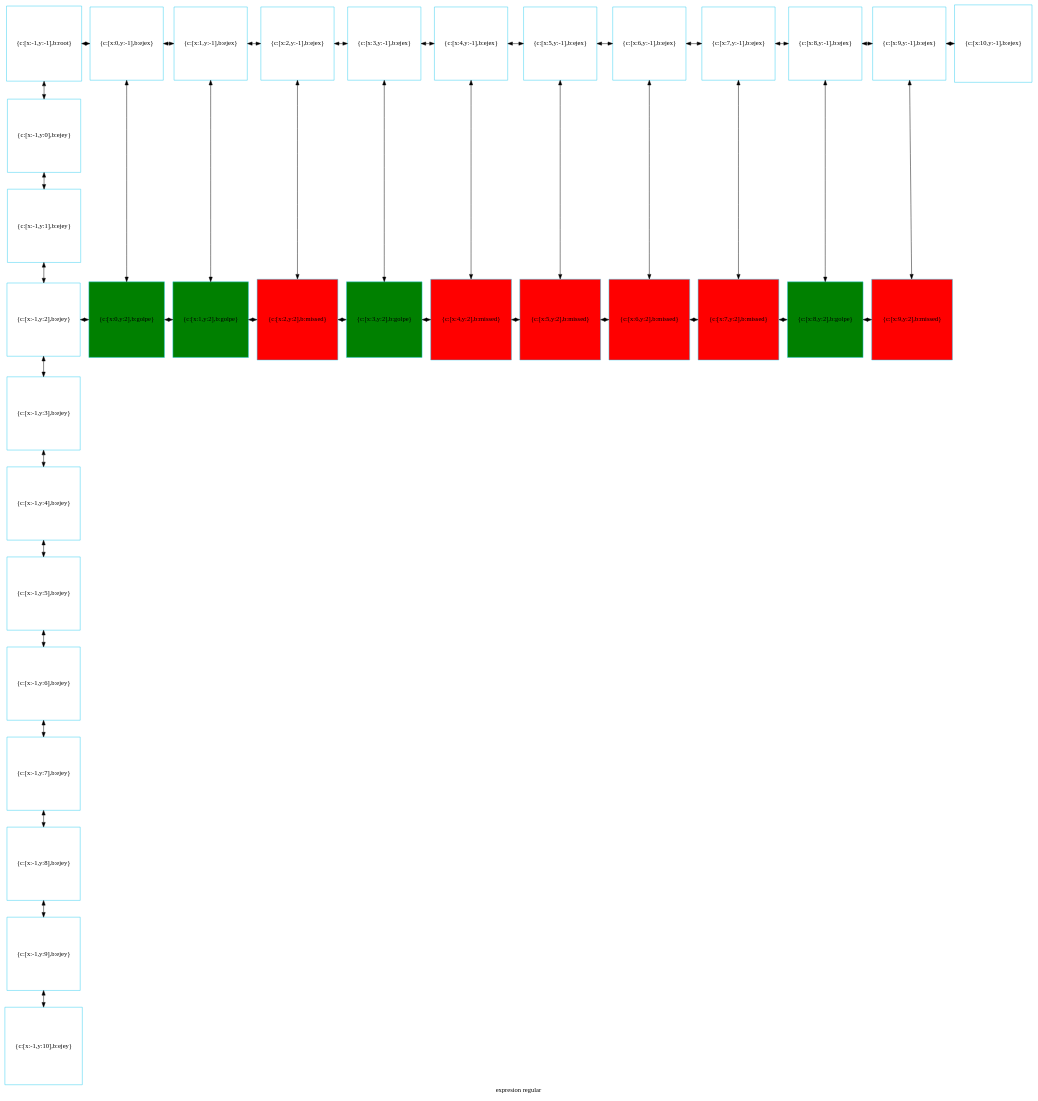
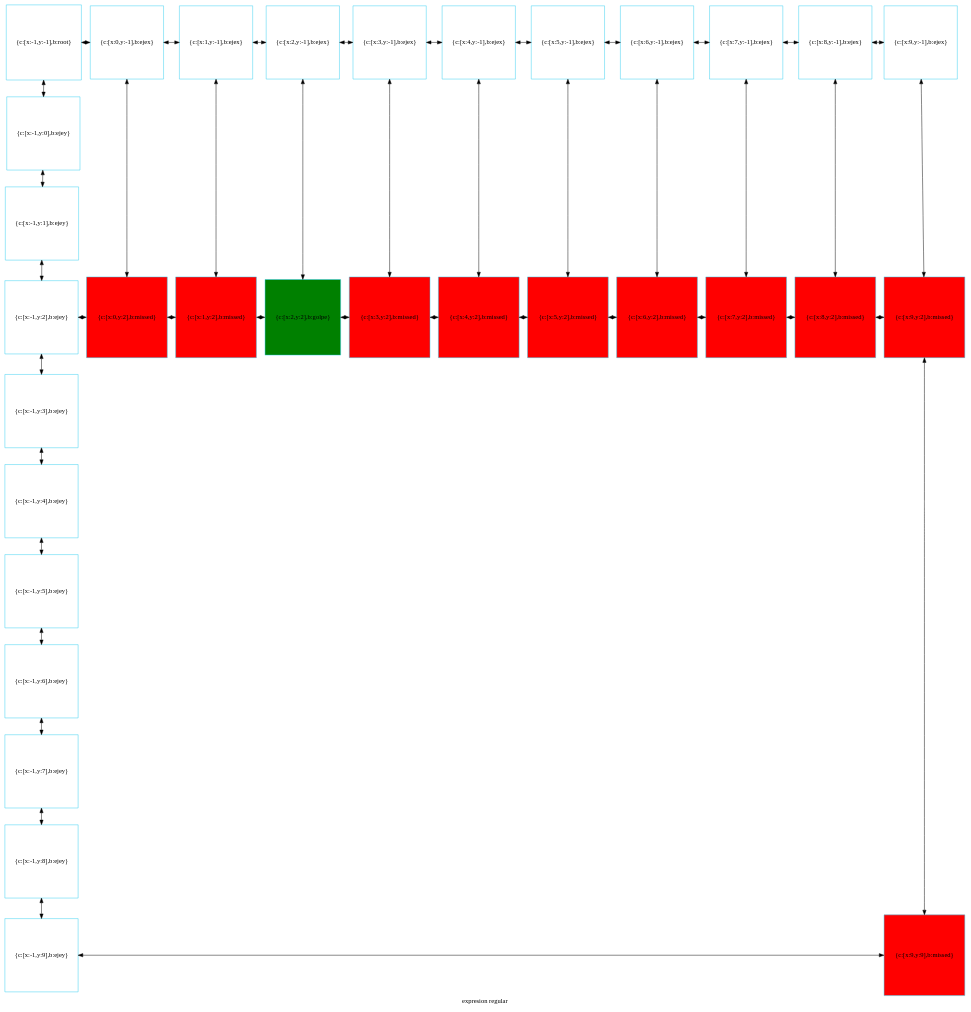
One commit to betebetoven/EDDS2F2 changed the diagram in disp_jug.dot. Above: the diagram before and after it, drawn with Graphviz. The commit also changed 11 other files, not shown here.

```diff
--- a/disp_jug.dot
+++ b/disp_jug.dot
@@ -1,96 +1,94 @@
 digraph G
 {label="expresion regular"
         node[shape = square]
         node[style = filled]
         node[fillcolor = "#EEEEE"]
         node[color = "#EEEEE"]
         node[color = "#31CEF0"]
 
-781211150128[label="{c:[x:-1,y:-1],b:root}",fillcolor = "white"]
-781211150272[label="{c:[x:0,y:-1],b:ejex}",fillcolor = "white"]
-781211150416[label="{c:[x:1,y:-1],b:ejex}",fillcolor = "white"]
-781211150560[label="{c:[x:2,y:-1],b:ejex}",fillcolor = "white"]
-781211150704[label="{c:[x:3,y:-1],b:ejex}",fillcolor = "white"]
-781211150848[label="{c:[x:4,y:-1],b:ejex}",fillcolor = "white"]
-781211150992[label="{c:[x:5,y:-1],b:ejex}",fillcolor = "white"]
-781211151136[label="{c:[x:6,y:-1],b:ejex}",fillcolor = "white"]
-781211151280[label="{c:[x:7,y:-1],b:ejex}",fillcolor = "white"]
-781211151424[label="{c:[x:8,y:-1],b:ejex}",fillcolor = "white"]
-781211151568[label="{c:[x:9,y:-1],b:ejex}",fillcolor = "white"]
-781211151712[label="{c:[x:10,y:-1],b:ejex}",fillcolor = "white"]
-781211151856[label="{c:[x:-1,y:0],b:ejey}",fillcolor = "white"]
-781211152000[label="{c:[x:-1,y:1],b:ejey}",fillcolor = "white"]
-781211152144[label="{c:[x:-1,y:2],b:ejey}",fillcolor = "white"]
-781211116448[label="{c:[x:0,y:2],b:golpe}",fillcolor = "green"]
-781211103344[label="{c:[x:1,y:2],b:golpe}",fillcolor = "green"]
-781211286688[label="{c:[x:2,y:2],b:missed}",fillcolor = "red"]
-781211107232[label="{c:[x:3,y:2],b:golpe}",fillcolor = "green"]
-781211287024[label="{c:[x:4,y:2],b:missed}",fillcolor = "red"]
-781211287264[label="{c:[x:5,y:2],b:missed}",fillcolor = "red"]
-781211287504[label="{c:[x:6,y:2],b:missed}",fillcolor = "red"]
-781211312384[label="{c:[x:7,y:2],b:missed}",fillcolor = "red"]
-781211117120[label="{c:[x:8,y:2],b:golpe}",fillcolor = "green"]
-781211312624[label="{c:[x:9,y:2],b:missed}",fillcolor = "red"]
-781211152288[label="{c:[x:-1,y:3],b:ejey}",fillcolor = "white"]
-781211160688[label="{c:[x:-1,y:4],b:ejey}",fillcolor = "white"]
-781211160832[label="{c:[x:-1,y:5],b:ejey}",fillcolor = "white"]
-781211160976[label="{c:[x:-1,y:6],b:ejey}",fillcolor = "white"]
-781211161120[label="{c:[x:-1,y:7],b:ejey}",fillcolor = "white"]
-781211161264[label="{c:[x:-1,y:8],b:ejey}",fillcolor = "white"]
-781211161408[label="{c:[x:-1,y:9],b:ejey}",fillcolor = "white"]
-781211161552[label="{c:[x:-1,y:10],b:ejey}",fillcolor = "white"]
-781211150128->781211151856[dir = both];
-781211151856->781211152000[dir = both];
-781211152000->781211152144[dir = both];
-781211152144->781211152288[dir = both];
-781211152288->781211160688[dir = both];
-781211160688->781211160832[dir = both];
-781211160832->781211160976[dir = both];
-781211160976->781211161120[dir = both];
-781211161120->781211161264[dir = both];
-781211161264->781211161408[dir = both];
-781211161408->781211161552[dir = both];
-781211150272->781211116448[dir = both];
-781211150416->781211103344[dir = both];
-781211150560->781211286688[dir = both];
-781211150704->781211107232[dir = both];
-781211150848->781211287024[dir = both];
-781211150992->781211287264[dir = both];
-781211151136->781211287504[dir = both];
-781211151280->781211312384[dir = both];
-781211151424->781211117120[dir = both];
-781211151568->781211312624[dir = both];
-781211150128->781211150272[dir = both];
-781211150272->781211150416[dir = both];
-781211150416->781211150560[dir = both];
-781211150560->781211150704[dir = both];
-781211150704->781211150848[dir = both];
-781211150848->781211150992[dir = both];
-781211150992->781211151136[dir = both];
-781211151136->781211151280[dir = both];
-781211151280->781211151424[dir = both];
-781211151424->781211151568[dir = both];
-781211151568->781211151712[dir = both];
-781211152144->781211116448[constraint=false,dir = both];
-781211116448->781211103344[constraint=false,dir = both];
-781211103344->781211286688[constraint=false,dir = both];
-781211286688->781211107232[constraint=false,dir = both];
-781211107232->781211287024[constraint=false,dir = both];
-781211287024->781211287264[constraint=false,dir = both];
-781211287264->781211287504[constraint=false,dir = both];
-781211287504->781211312384[constraint=false,dir = both];
-781211312384->781211117120[constraint=false,dir = both];
-781211117120->781211312624[constraint=false,dir = both];
- {rank=same; 781211150128;781211150272;781211150416;781211150560;781211150704;781211150848;781211150992;781211151136;781211151280;781211151424;781211151568;781211151712;}
- {rank=same; 781211151856;}
- {rank=same; 781211152000;}
- {rank=same; 781211152144;781211116448;781211103344;781211286688;781211107232;781211287024;781211287264;781211287504;781211312384;781211117120;781211312624;}
- {rank=same; 781211152288;}
- {rank=same; 781211160688;}
- {rank=same; 781211160832;}
- {rank=same; 781211160976;}
- {rank=same; 781211161120;}
- {rank=same; 781211161264;}
- {rank=same; 781211161408;}
- {rank=same; 781211161552;}
+500380263760[label="{c:[x:-1,y:-1],b:root}",fillcolor = "white"]
+500380263904[label="{c:[x:0,y:-1],b:ejex}",fillcolor = "white"]
+500380264048[label="{c:[x:1,y:-1],b:ejex}",fillcolor = "white"]
+500380264192[label="{c:[x:2,y:-1],b:ejex}",fillcolor = "white"]
+500380264336[label="{c:[x:3,y:-1],b:ejex}",fillcolor = "white"]
+500380264480[label="{c:[x:4,y:-1],b:ejex}",fillcolor = "white"]
+500380264624[label="{c:[x:5,y:-1],b:ejex}",fillcolor = "white"]
+500380264768[label="{c:[x:6,y:-1],b:ejex}",fillcolor = "white"]
+500380264912[label="{c:[x:7,y:-1],b:ejex}",fillcolor = "white"]
+500380265056[label="{c:[x:8,y:-1],b:ejex}",fillcolor = "white"]
+500380265200[label="{c:[x:9,y:-1],b:ejex}",fillcolor = "white"]
+500380265344[label="{c:[x:-1,y:0],b:ejey}",fillcolor = "white"]
+500380265488[label="{c:[x:-1,y:1],b:ejey}",fillcolor = "white"]
+500380265632[label="{c:[x:-1,y:2],b:ejey}",fillcolor = "white"]
+500380373344[label="{c:[x:0,y:2],b:missed}",fillcolor = "red"]
+500380373680[label="{c:[x:1,y:2],b:missed}",fillcolor = "red"]
+500380251808[label="{c:[x:2,y:2],b:golpe}",fillcolor = "green"]
+500380373920[label="{c:[x:3,y:2],b:missed}",fillcolor = "red"]
+500380374160[label="{c:[x:4,y:2],b:missed}",fillcolor = "red"]
+500380374400[label="{c:[x:5,y:2],b:missed}",fillcolor = "red"]
+500380374640[label="{c:[x:6,y:2],b:missed}",fillcolor = "red"]
+500380374880[label="{c:[x:7,y:2],b:missed}",fillcolor = "red"]
+500380375120[label="{c:[x:8,y:2],b:missed}",fillcolor = "red"]
+500380375360[label="{c:[x:9,y:2],b:missed}",fillcolor = "red"]
+500380265776[label="{c:[x:-1,y:3],b:ejey}",fillcolor = "white"]
+500380265920[label="{c:[x:-1,y:4],b:ejey}",fillcolor = "white"]
+500380266064[label="{c:[x:-1,y:5],b:ejey}",fillcolor = "white"]
+500380266208[label="{c:[x:-1,y:6],b:ejey}",fillcolor = "white"]
+500380266352[label="{c:[x:-1,y:7],b:ejey}",fillcolor = "white"]
+500380270656[label="{c:[x:-1,y:8],b:ejey}",fillcolor = "white"]
+500380270800[label="{c:[x:-1,y:9],b:ejey}",fillcolor = "white"]
+500380376320[label="{c:[x:9,y:9],b:missed}",fillcolor = "red"]
+500380263760->500380265344[dir = both];
+500380265344->500380265488[dir = both];
+500380265488->500380265632[dir = both];
+500380265632->500380265776[dir = both];
+500380265776->500380265920[dir = both];
+500380265920->500380266064[dir = both];
+500380266064->500380266208[dir = both];
+500380266208->500380266352[dir = both];
+500380266352->500380270656[dir = both];
+500380270656->500380270800[dir = both];
+500380263904->500380373344[dir = both];
+500380264048->500380373680[dir = both];
+500380264192->500380251808[dir = both];
+500380264336->500380373920[dir = both];
+500380264480->500380374160[dir = both];
+500380264624->500380374400[dir = both];
+500380264768->500380374640[dir = both];
+500380264912->500380374880[dir = both];
+500380265056->500380375120[dir = both];
+500380265200->500380375360[dir = both];
+500380375360->500380376320[dir = both];
+500380263760->500380263904[dir = both];
+500380263904->500380264048[dir = both];
+500380264048->500380264192[dir = both];
+500380264192->500380264336[dir = both];
+500380264336->500380264480[dir = both];
+500380264480->500380264624[dir = both];
+500380264624->500380264768[dir = both];
+500380264768->500380264912[dir = both];
+500380264912->500380265056[dir = both];
+500380265056->500380265200[dir = both];
+500380265632->500380373344[constraint=false,dir = both];
+500380373344->500380373680[constraint=false,dir = both];
+500380373680->500380251808[constraint=false,dir = both];
+500380251808->500380373920[constraint=false,dir = both];
+500380373920->500380374160[constraint=false,dir = both];
+500380374160->500380374400[constraint=false,dir = both];
+500380374400->500380374640[constraint=false,dir = both];
+500380374640->500380374880[constraint=false,dir = both];
+500380374880->500380375120[constraint=false,dir = both];
+500380375120->500380375360[constraint=false,dir = both];
+500380270800->500380376320[constraint=false,dir = both];
+ {rank=same; 500380263760;500380263904;500380264048;500380264192;500380264336;500380264480;500380264624;500380264768;500380264912;500380265056;500380265200;}
+ {rank=same; 500380265344;}
+ {rank=same; 500380265488;}
+ {rank=same; 500380265632;500380373344;500380373680;500380251808;500380373920;500380374160;500380374400;500380374640;500380374880;500380375120;500380375360;}
+ {rank=same; 500380265776;}
+ {rank=same; 500380265920;}
+ {rank=same; 500380266064;}
+ {rank=same; 500380266208;}
+ {rank=same; 500380266352;}
+ {rank=same; 500380270656;}
+ {rank=same; 500380270800;500380376320;}
 }
```
